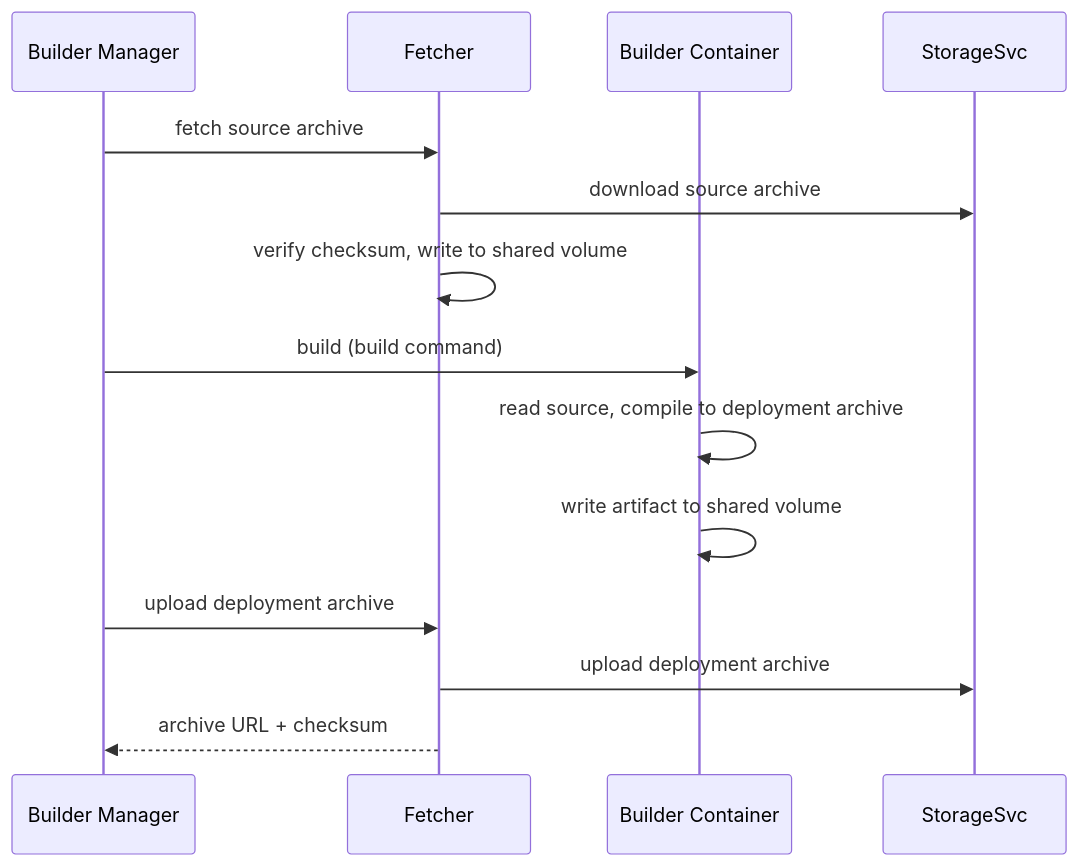
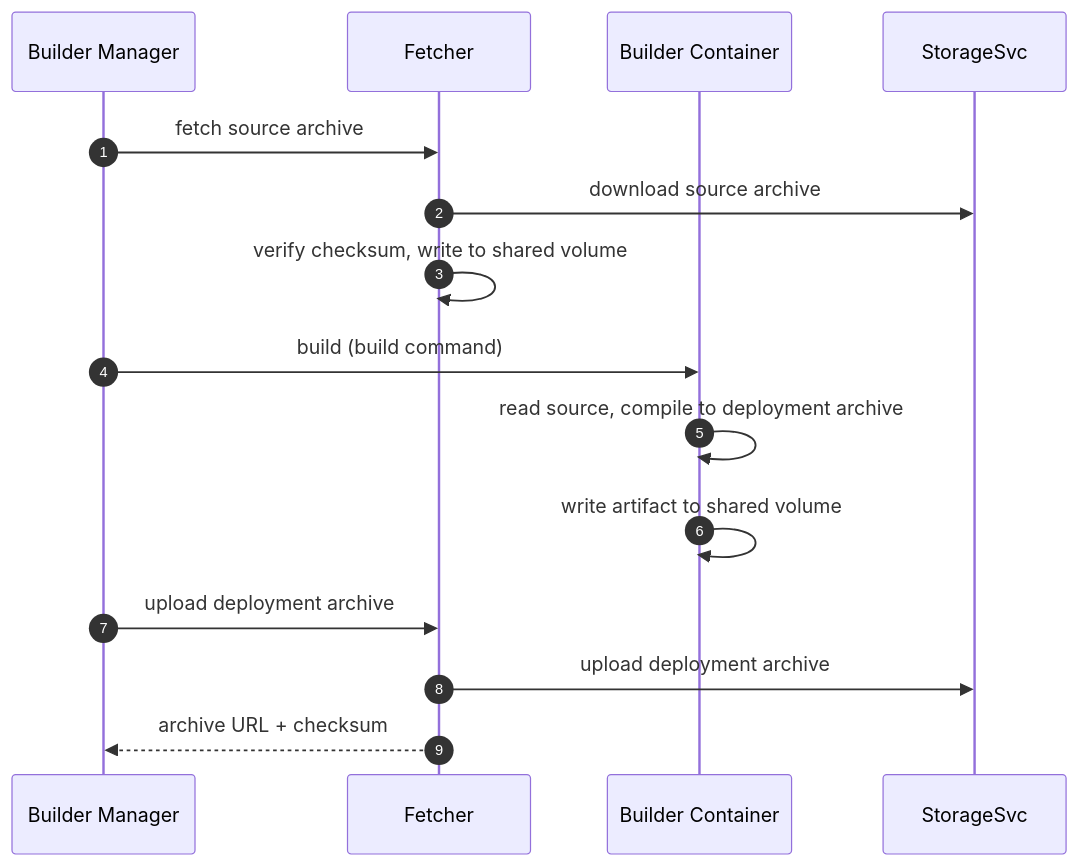
Before and after one commit to fission/fission.io: the diagram in content/en/docs/architecture/builder-pod.md, drawn with Mermaid. The commit also changed 30 other files, not shown here.

First line of the commit message:
Address PR feedback: zoomable diagrams, multi-color kit, centering, preview links

````diff
--- a/content/en/docs/architecture/builder-pod.md
+++ b/content/en/docs/architecture/builder-pod.md
@@ -22,16 +22,17 @@
 ```mermaid
 sequenceDiagram
+  autonumber
   participant bm as Builder Manager
   participant fetcher as Fetcher
   participant builder as Builder Container
   participant storage as StorageSvc
   bm->>fetcher: fetch source archive
   fetcher->>storage: download source archive
   fetcher->>fetcher: verify checksum, write to shared volume
   bm->>builder: build (build command)
   builder->>builder: read source, compile to deployment archive
   builder->>builder: write artifact to shared volume
   bm->>fetcher: upload deployment archive
   fetcher->>storage: upload deployment archive
   fetcher-->>bm: archive URL + checksum
 ```
````
